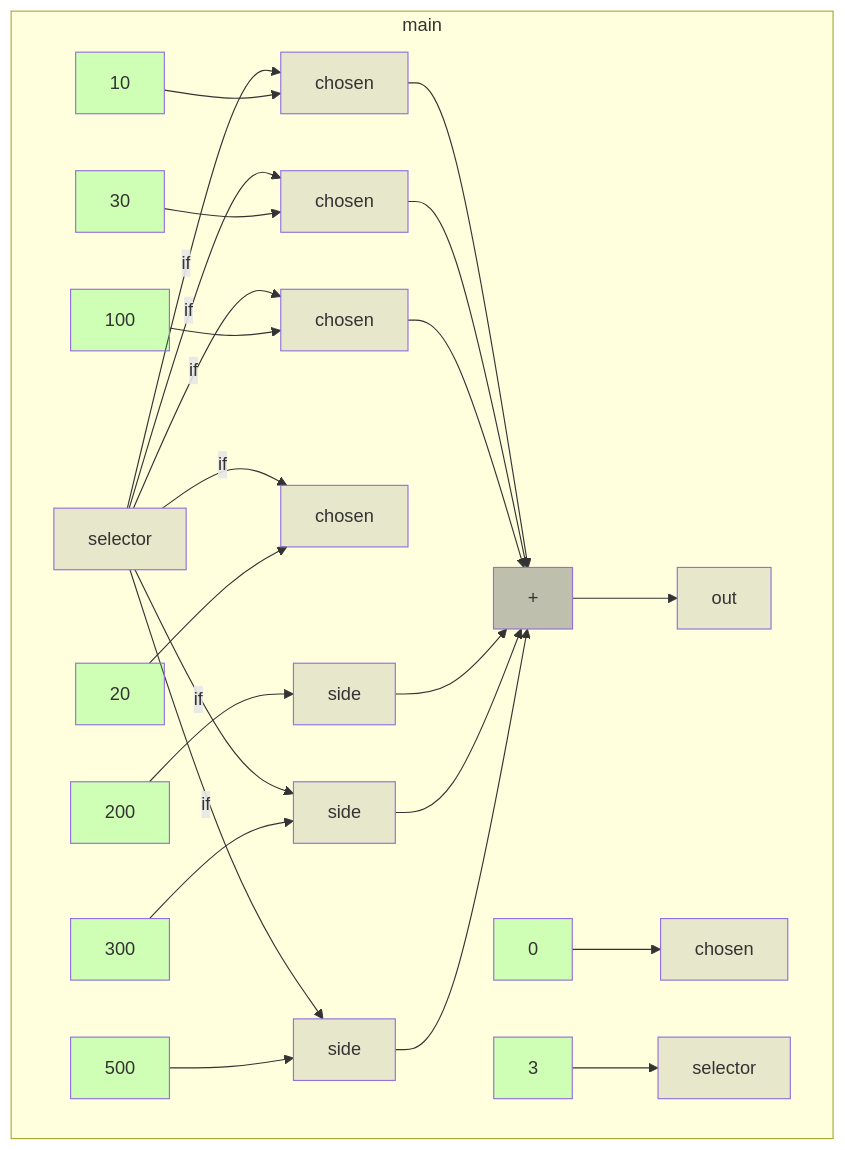
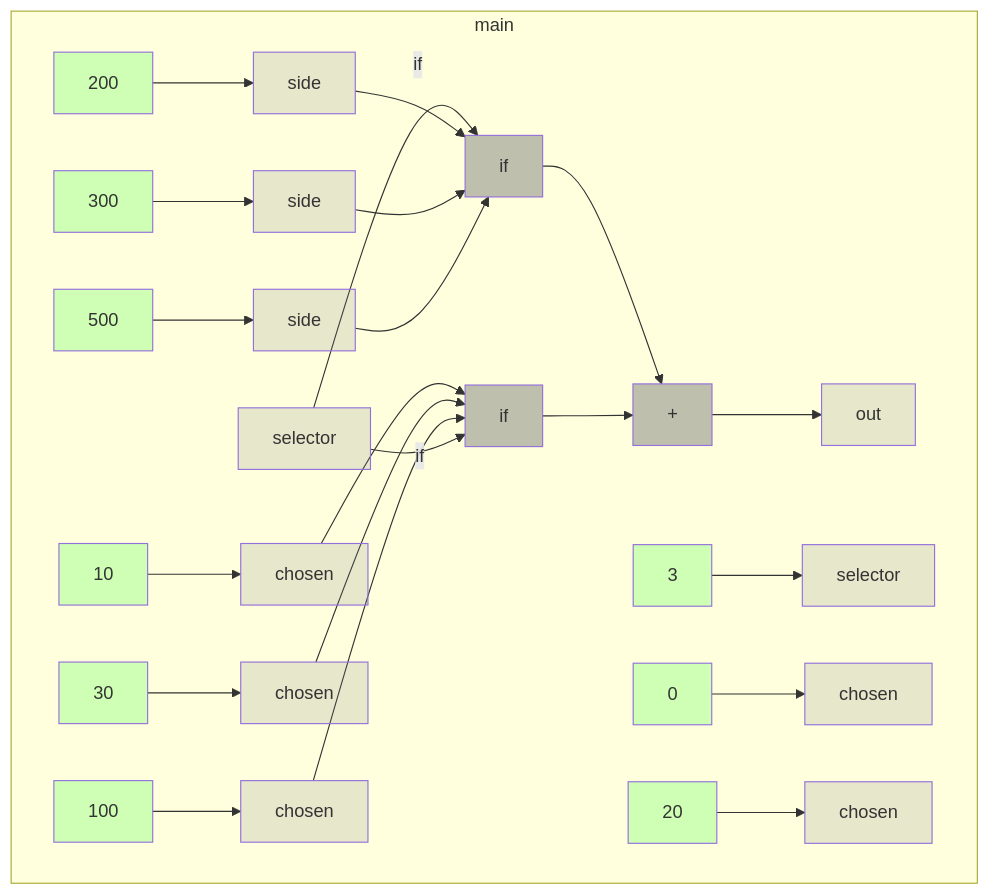
One commit to gstiebler/codeflow changed the diagram in app/src/test/resources/switchStatement/spike-truth.md. Above: the diagram before and after it, drawn with Mermaid. The commit also changed 17 other files, not shown here.

````diff
--- a/app/src/test/resources/switchStatement/spike-truth.md
+++ b/app/src/test/resources/switchStatement/spike-truth.md
@@ -3,55 +3,55 @@
 ```mermaid
 flowchart TD
   subgraph m0["main"]
     n0["+"]:::BIN_OP
-    n1["0"]:::LITERAL
-    n2["100"]:::LITERAL
-    n3["10"]:::LITERAL
-    n4["200"]:::LITERAL
-    n5["20"]:::LITERAL
-    n6["300"]:::LITERAL
-    n7["30"]:::LITERAL
-    n8["3"]:::LITERAL
-    n9["500"]:::LITERAL
-    n10["chosen"]:::VARIABLE
-    n11["chosen"]:::VARIABLE
+    n1["if"]:::BIN_OP
+    n2["if"]:::BIN_OP
+    n3["0"]:::LITERAL
+    n4["100"]:::LITERAL
+    n5["10"]:::LITERAL
+    n6["200"]:::LITERAL
+    n7["20"]:::LITERAL
+    n8["300"]:::LITERAL
+    n9["30"]:::LITERAL
+    n10["3"]:::LITERAL
+    n11["500"]:::LITERAL
     n12["chosen"]:::VARIABLE
     n13["chosen"]:::VARIABLE
     n14["chosen"]:::VARIABLE
-    n15["out"]:::VARIABLE
-    n16["selector"]:::VARIABLE
-    n17["selector"]:::VARIABLE
-    n18["side"]:::VARIABLE
-    n19["side"]:::VARIABLE
+    n15["chosen"]:::VARIABLE
+    n16["chosen"]:::VARIABLE
+    n17["out"]:::VARIABLE
+    n18["selector"]:::VARIABLE
+    n19["selector"]:::VARIABLE
     n20["side"]:::VARIABLE
+    n21["side"]:::VARIABLE
+    n22["side"]:::VARIABLE
   end
-  n0 --> n15
-  n1 --> n10
-  n11 --> n0
-  n13 --> n0
-  n14 --> n0
-  n16 -->|if| n11
-  n16 -->|if| n12
-  n16 -->|if| n13
-  n16 -->|if| n14
-  n16 -->|if| n19
-  n16 -->|if| n20
-  n18 --> n0
-  n19 --> n0
-  n2 --> n14
-  n20 --> n0
-  n3 --> n11
-  n4 --> n18
-  n5 --> n12
-  n6 --> n19
-  n7 --> n13
-  n8 --> n17
-  n9 --> n20
+  n0 --> n17
+  n1 --> n0
+  n10 --> n19
+  n11 --> n22
+  n13 --> n2
+  n15 --> n2
+  n16 --> n2
+  n18 -->|if| n1
+  n18 -->|if| n2
+  n2 --> n0
+  n20 --> n1
+  n21 --> n1
+  n22 --> n1
+  n3 --> n12
+  n4 --> n16
+  n5 --> n13
+  n6 --> n20
+  n7 --> n14
+  n8 --> n21
+  n9 --> n15
   classDef LITERAL fill:#00FF0030
   classDef VARIABLE fill:#80808030
   classDef BIN_OP fill:#80808080
   classDef FUNC_PARAM fill:#8080FF30
   classDef RETURN fill:#FF808080
   classDef EXTERNAL fill:#FFA50040
   classDef UNMODELLED fill:#FF000030,stroke-dasharray: 4 2
 ```
````
